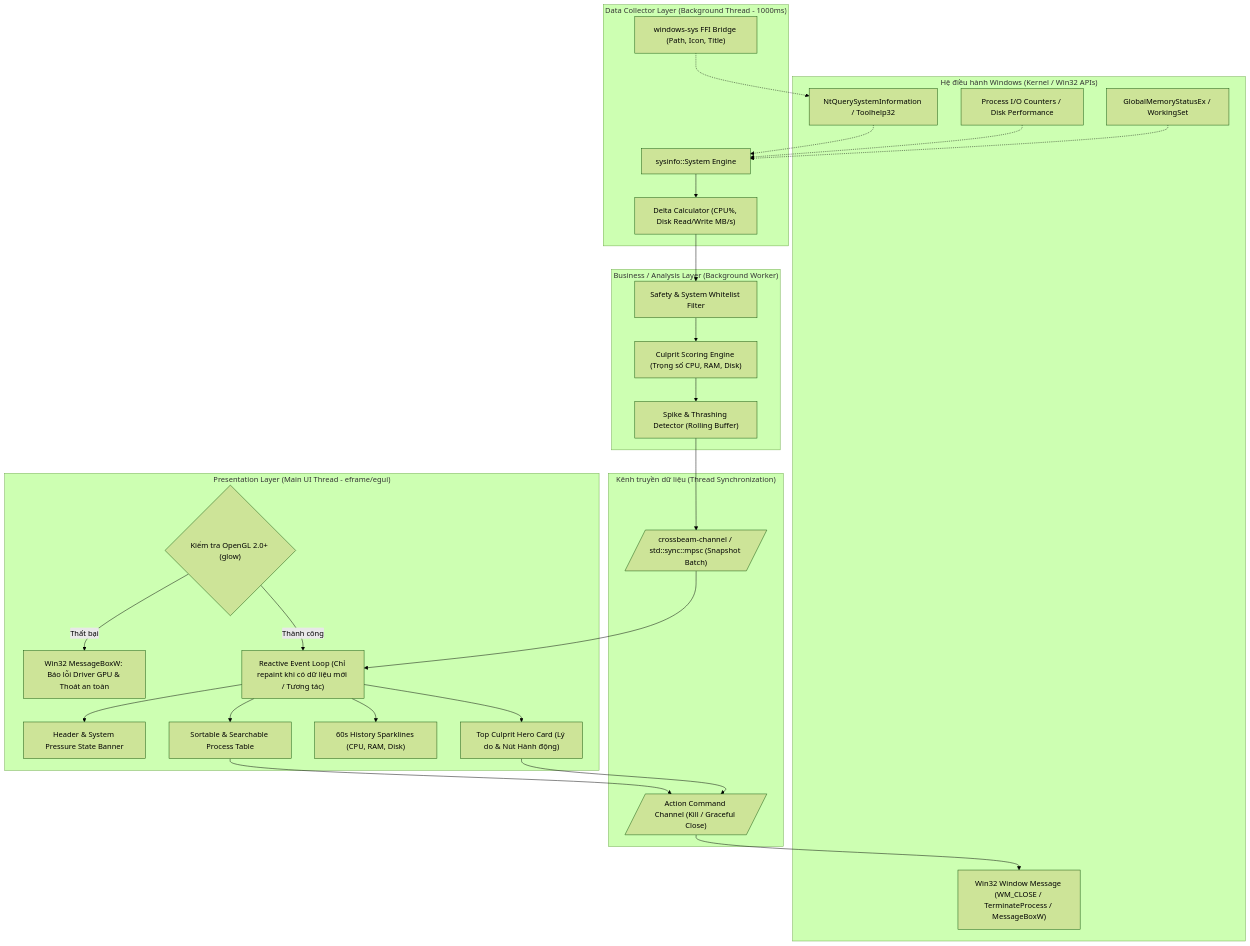
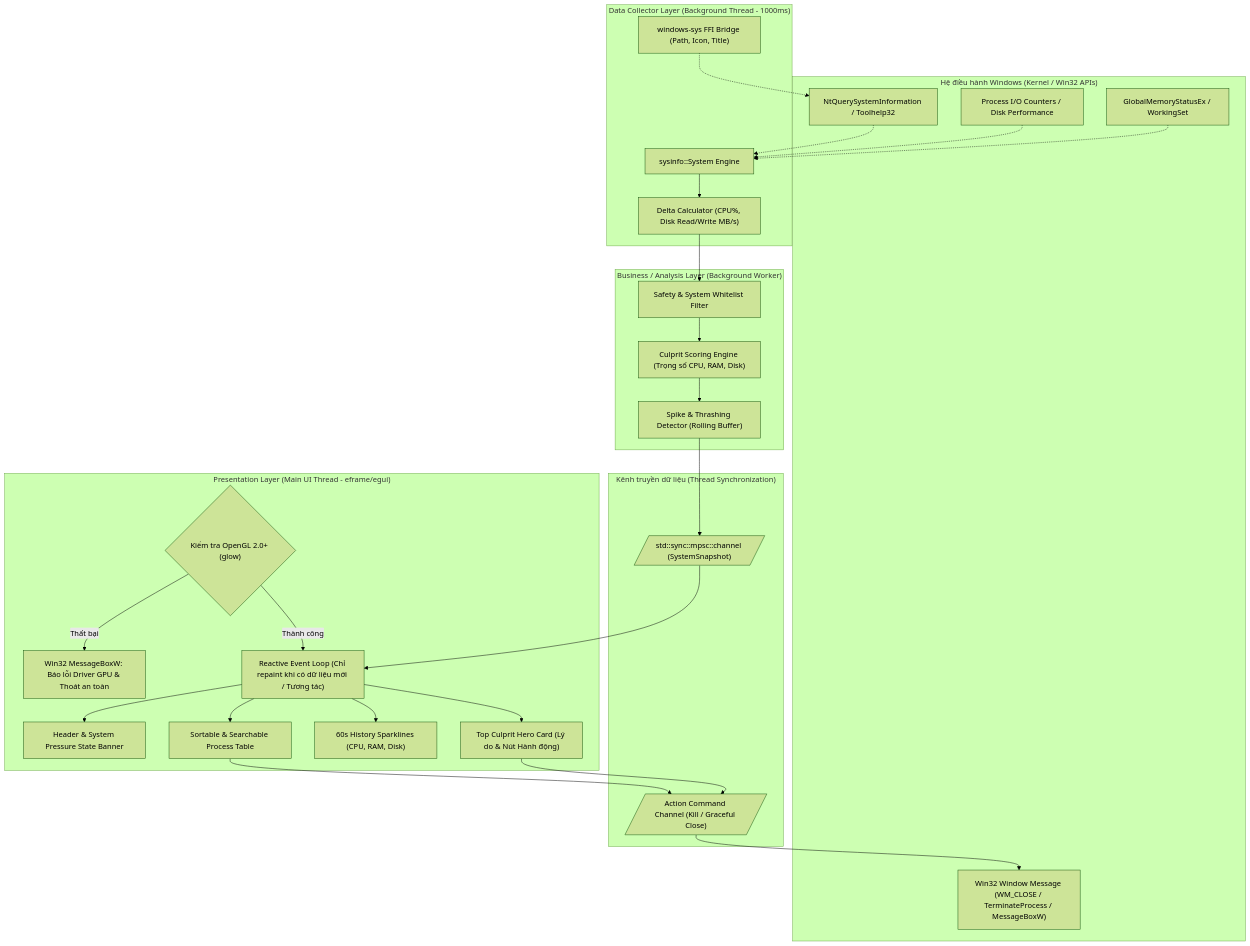
One commit to ngoc24794/SlowSpot changed the diagram in docs/kien-truc.md. Above: the diagram before and after it, drawn with Mermaid (forest theme). The commit also changed other lines of this file and 3 other files, not shown here.

Commit message:
docs: update architecture, business requirements, and task plan with actual measurements

````diff
--- a/docs/kien-truc.md
+++ b/docs/kien-truc.md
@@ -17,60 +17,60 @@
 ```mermaid
 flowchart TD
     subgraph OS_Layer ["Hệ điều hành Windows (Kernel / Win32 APIs)"]
         WinProc["NtQuerySystemInformation / Toolhelp32"]
         WinDisk["Process I/O Counters / Disk Performance"]
         WinMem["GlobalMemoryStatusEx / WorkingSet"]
         WinMsg["Win32 Window Message (WM_CLOSE / TerminateProcess / MessageBoxW)"]
     end
 
     subgraph Data_Layer ["Data Collector Layer (Background Thread - 1000ms)"]
         SysinfoCore["sysinfo::System Engine"]
         DeltaCalc["Delta Calculator (CPU%, Disk Read/Write MB/s)"]
         WinSysNative["windows-sys FFI Bridge (Path, Icon, Title)"]
         SysinfoCore --> DeltaCalc
     end
 
     subgraph Domain_Layer ["Business / Analysis Layer (Background Worker)"]
         SafetyFilter["Safety & System Whitelist Filter"]
         CulpritScorer["Culprit Scoring Engine (Trọng số CPU, RAM, Disk)"]
         SpikeDetector["Spike & Thrashing Detector (Rolling Buffer)"]
         DeltaCalc --> SafetyFilter
         SafetyFilter --> CulpritScorer
         CulpritScorer --> SpikeDetector
     end
 
     subgraph IPC_Channel ["Kênh truyền dữ liệu (Thread Synchronization)"]
-        DataChannel[/"crossbeam-channel / std::sync::mpsc (Snapshot Batch)"/]
+        DataChannel[/"std::sync::mpsc::channel (SystemSnapshot)"/]
         CommandChannel[/"Action Command Channel (Kill / Graceful Close)"/]
     end
 
     subgraph Presentation_Layer ["Presentation Layer (Main UI Thread - eframe/egui)"]
         InitCheck{"Kiểm tra OpenGL 2.0+ (glow)"}
         FallbackBox["Win32 MessageBoxW: Báo lỗi Driver GPU & Thoát an toàn"]
         HeaderBanner["Header & System Pressure State Banner"]
         CulpritHero["Top Culprit Hero Card (Lý do & Nút Hành động)"]
         Sparklines["60s History Sparklines (CPU, RAM, Disk)"]
         ProcessGrid["Sortable & Searchable Process Table"]
         UI_EventLoop["Reactive Event Loop (Chỉ repaint khi có dữ liệu mới / Tương tác)"]
         
         InitCheck -- Thất bại --> FallbackBox
         InitCheck -- Thành công --> UI_EventLoop
         UI_EventLoop --> HeaderBanner
         UI_EventLoop --> CulpritHero
         UI_EventLoop --> Sparklines
         UI_EventLoop --> ProcessGrid
     end
 
     %% Data Connections
     WinProc -.-> SysinfoCore
     WinDisk -.-> SysinfoCore
     WinMem -.-> SysinfoCore
     WinSysNative -.-> WinProc
     
     SpikeDetector --> DataChannel
     DataChannel --> UI_EventLoop
     
     ProcessGrid --> CommandChannel
     CulpritHero --> CommandChannel
     CommandChannel --> WinMsg
 ```
````
